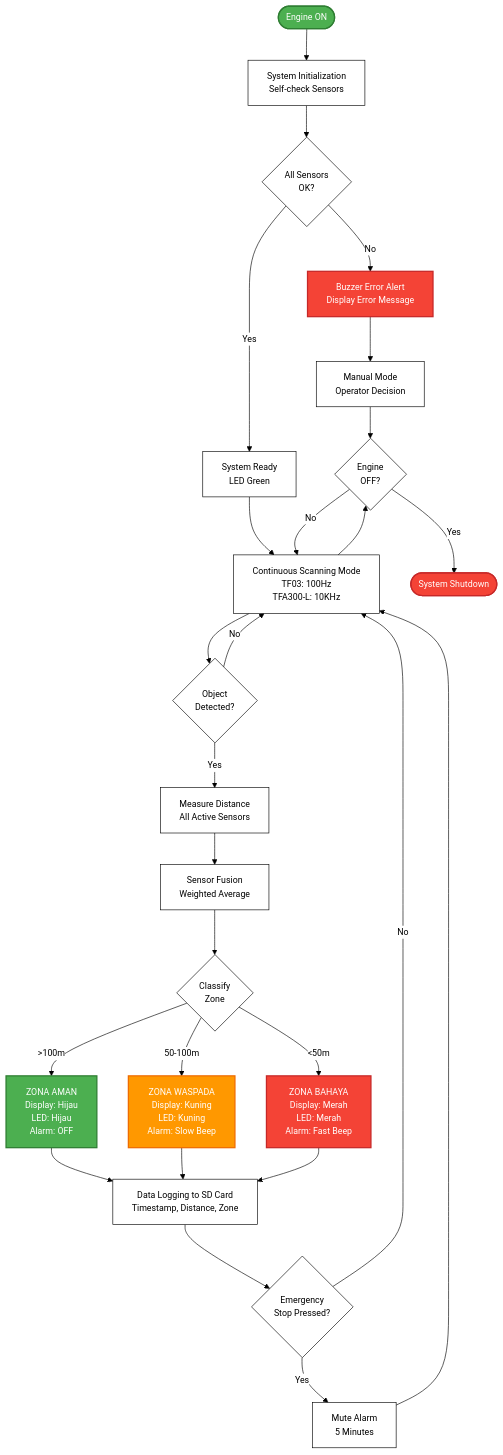
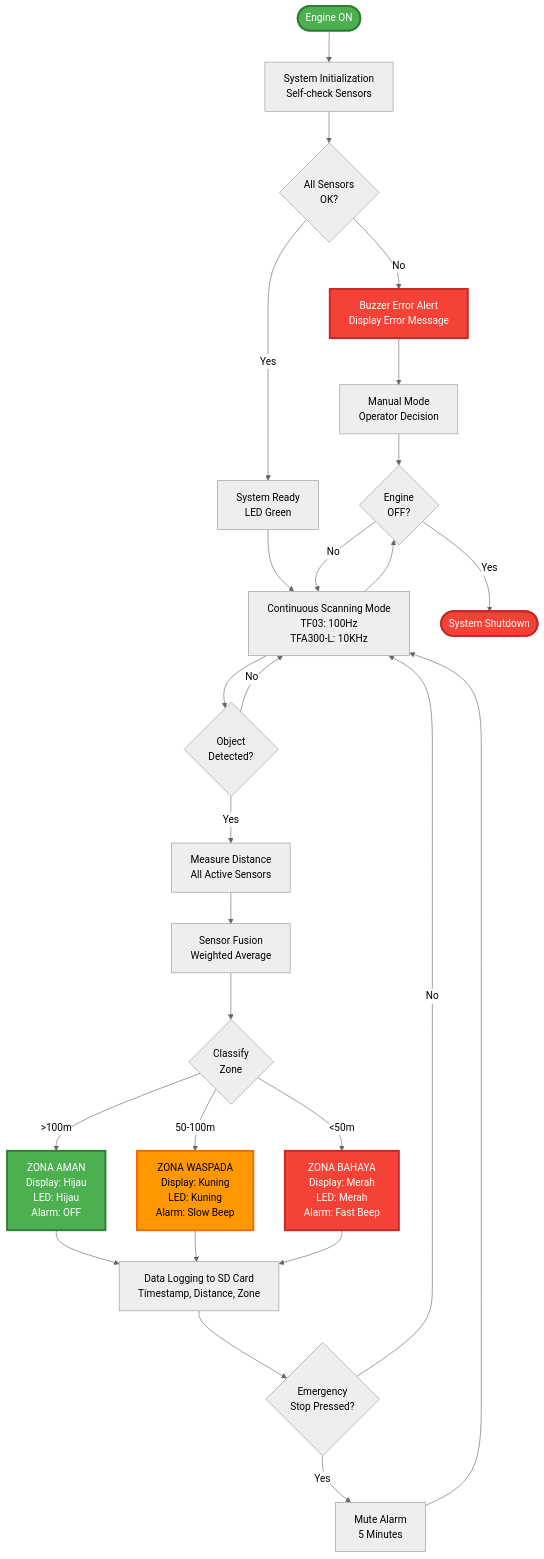
Before and after one commit to antonprafanto/buros2025: the third of 5 diagrams in 01_PROPOSAL_UTAMA_BESTARI_SAINTEK.md, drawn with Mermaid. The commit also changed other lines of this file, not shown here.

Commit message:
Switch to neutral theme for GitHub Mermaid compatibility
- Change from 'base' theme to 'neutral' theme
- Set darkMode: false explicitly
- Simplify theme configuration for better GitHub rendering
- Remove complex themeVariables that may not be supported
- Increase stroke-width to 3px for better visibility

This should fix arrow/edge visibility issues in GitHub's Mermaid renderer while maintaining good appearance in VSCode.

🤖 Generated with [Claude Code](https://claude.com/claude-code)

````diff
--- a/01_PROPOSAL_UTAMA_BESTARI_SAINTEK.md
+++ b/01_PROPOSAL_UTAMA_BESTARI_SAINTEK.md
@@ -323,67 +323,67 @@
 ```mermaid
-%%{init: {'theme':'base', 'themeVariables': { 'primaryColor':'#ffffff','primaryTextColor':'#000','primaryBorderColor':'#000','lineColor':'#000','secondaryColor':'#ffffff','tertiaryColor':'#ffffff','background':'#ffffff','mainBkg':'#ffffff','secondBkg':'#ffffff','edgeLabelBackground':'#ffffff','fontFamily':'arial','fontSize':'14px','textColor':'#000','nodeBorder':'#000','nodeTextColor':'#000','arrowheadColor':'#000'}}}%%
+%%{init: {'theme':'neutral', 'themeVariables': { 'darkMode':'false'}}}%%
 flowchart TD
     START([Engine ON]) --> INIT["System Initialization
     Self-check Sensors"]
     INIT --> CHECK{"All Sensors
     OK?"}
     CHECK -->|No| ERROR["Buzzer Error Alert
     Display Error Message"]
     ERROR --> MANUAL["Manual Mode
     Operator Decision"]
     CHECK -->|Yes| READY["System Ready
     LED Green"]
 
     READY --> SCAN["Continuous Scanning Mode
     TF03: 100Hz
     TFA300-L: 10KHz"]
 
     SCAN --> DETECT{"Object
     Detected?"}
     DETECT -->|No| SCAN
     DETECT -->|Yes| MEASURE["Measure Distance
     All Active Sensors"]
 
     MEASURE --> FUSION["Sensor Fusion
     Weighted Average"]
     FUSION --> CLASSIFY{"Classify
     Zone"}
 
     CLASSIFY -->|">100m"| SAFE["ZONA AMAN
     Display: Hijau
     LED: Hijau
     Alarm: OFF"]
     CLASSIFY -->|"50-100m"| WARN["ZONA WASPADA
     Display: Kuning
     LED: Kuning
     Alarm: Slow Beep"]
     CLASSIFY -->|"<50m"| DANGER["ZONA BAHAYA
     Display: Merah
     LED: Merah
     Alarm: Fast Beep"]
 
     SAFE --> LOG["Data Logging to SD Card
     Timestamp, Distance, Zone"]
     WARN --> LOG
     DANGER --> LOG
 
     LOG --> ESTOP{"Emergency
     Stop Pressed?"}
     ESTOP -->|Yes| MUTE["Mute Alarm
     5 Minutes"]
     MUTE --> SCAN
     ESTOP -->|No| SCAN
 
     MANUAL --> SHUTDOWN{"Engine
     OFF?"}
     SCAN --> SHUTDOWN
     SHUTDOWN -->|Yes| END([System Shutdown])
     SHUTDOWN -->|No| SCAN
 
-    style START fill:#4caf50,color:#fff,stroke:#2e7d32,stroke-width:2px
-    style END fill:#f44336,color:#fff,stroke:#c62828,stroke-width:2px
-    style SAFE fill:#4caf50,color:#fff,stroke:#2e7d32,stroke-width:2px
-    style WARN fill:#ff9800,color:#fff,stroke:#ef6c00,stroke-width:2px
-    style DANGER fill:#f44336,color:#fff,stroke:#c62828,stroke-width:2px
-    style ERROR fill:#f44336,color:#fff,stroke:#c62828,stroke-width:2px
+    style START fill:#4caf50,color:#fff,stroke:#2e7d32,stroke-width:3px
+    style END fill:#f44336,color:#fff,stroke:#c62828,stroke-width:3px
+    style SAFE fill:#4caf50,color:#fff,stroke:#2e7d32,stroke-width:3px
+    style WARN fill:#ff9800,color:#000,stroke:#ef6c00,stroke-width:3px
+    style DANGER fill:#f44336,color:#fff,stroke:#c62828,stroke-width:3px
+    style ERROR fill:#f44336,color:#fff,stroke:#c62828,stroke-width:3px
 ```
````
